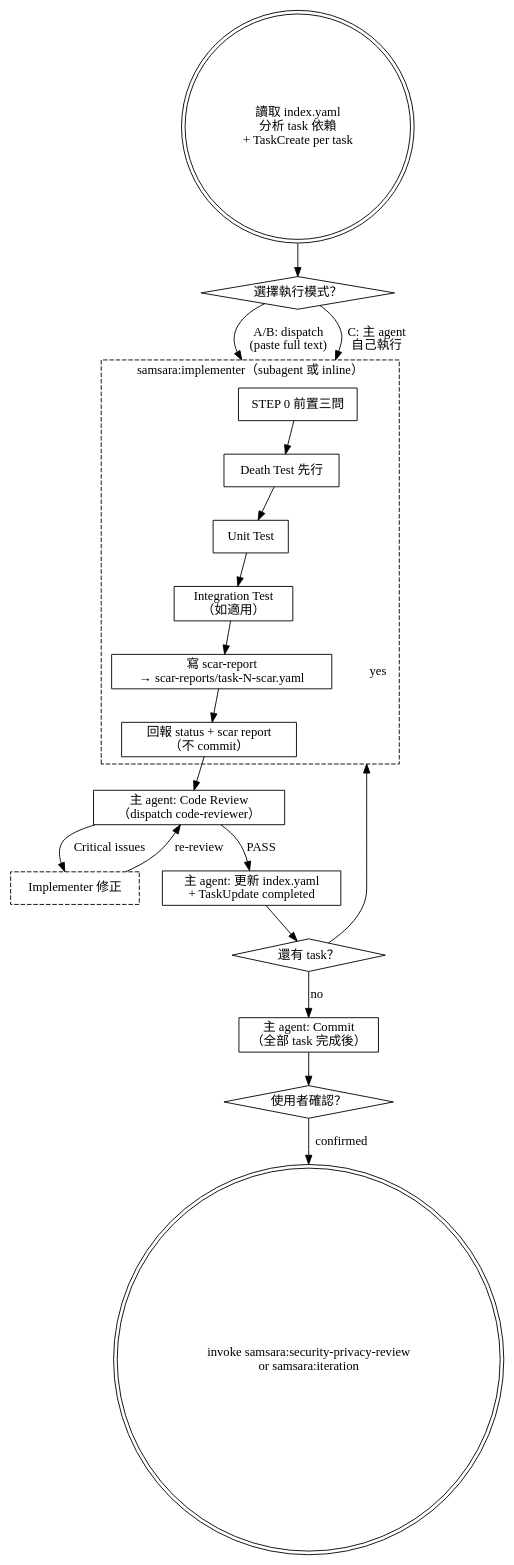
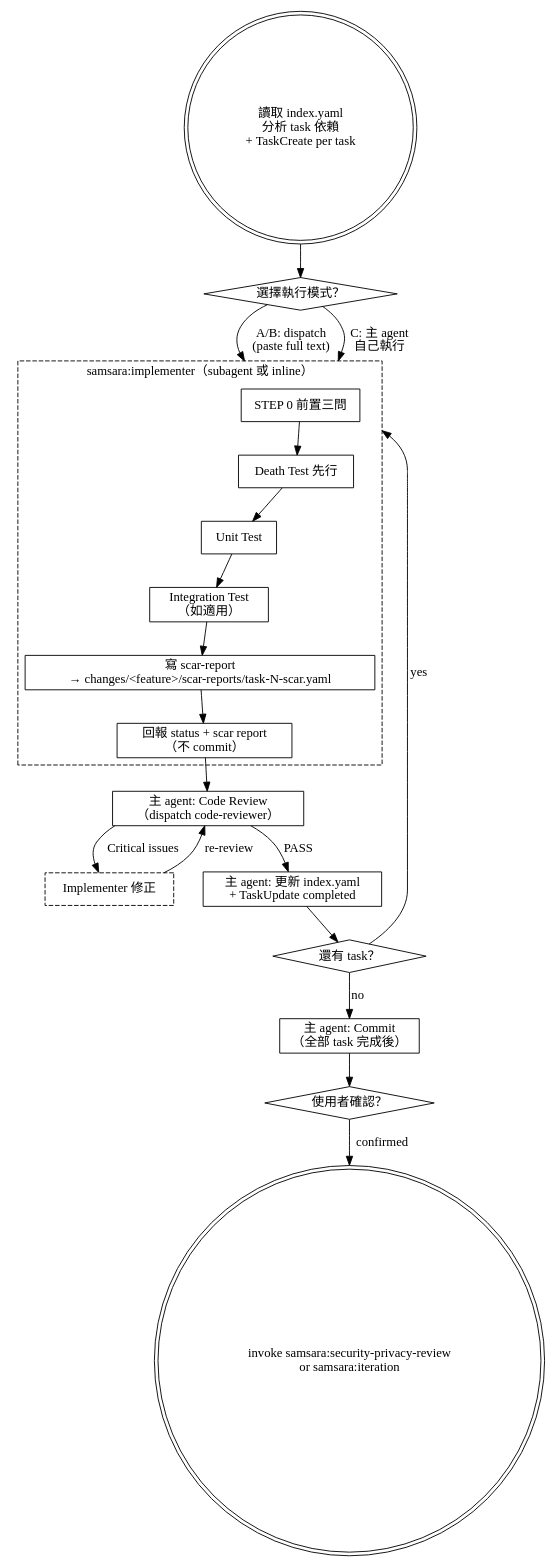
The diagram in skills/implement/SKILL.md (roymondliao/samsara), drawn with Graphviz before and after one commit. The commit also changed other lines of this file and 4 other files, not shown here.

First line of the commit message:
fix(samsara): anchor scar-report paths to feature directory

````diff
--- a/skills/implement/SKILL.md
+++ b/skills/implement/SKILL.md
@@ -21,48 +21,48 @@
 ```dot
 digraph implement {
     node [shape=box];
     compound=true;
 
     start [label="讀取 index.yaml\n分析 task 依賴\n+ TaskCreate per task" shape=doublecircle];
     mode [label="選擇執行模式？" shape=diamond];
 
     subgraph cluster_implementer {
         label="samsara:implementer（subagent 或 inline）";
         style=dashed;
         step0 [label="STEP 0 前置三問"];
         death_test [label="Death Test 先行"];
         unit_test [label="Unit Test"];
         integration [label="Integration Test\n（如適用）"];
-        scar [label="寫 scar-report\n→ scar-reports/task-N-scar.yaml"];
+        scar [label="寫 scar-report\n→ changes/<feature>/scar-reports/task-N-scar.yaml"];
         report [label="回報 status + scar report\n（不 commit）"];
     }
 
     review [label="主 agent: Code Review\n（dispatch code-reviewer）"];
     fix [label="Implementer 修正" style=dashed];
     update [label="主 agent: 更新 index.yaml\n+ TaskUpdate completed"];
     more [label="還有 task？" shape=diamond];
     commit [label="主 agent: Commit\n（全部 task 完成後）"];
     gate [label="使用者確認？" shape=diamond];
     next [label="invoke samsara:security-privacy-review\nor samsara:iteration" shape=doublecircle];
 
     start -> mode;
     mode -> step0 [label="A/B: dispatch\n(paste full text)" lhead=cluster_implementer];
     mode -> step0 [label="C: 主 agent\n自己執行" lhead=cluster_implementer];
 
     step0 -> death_test;
     death_test -> unit_test;
     unit_test -> integration;
     integration -> scar;
     scar -> report;
 
     report -> review;
     review -> update [label="PASS"];
     review -> fix [label="Critical issues"];
     fix -> review [label="re-review"];
     update -> more;
     more -> step0 [label="yes" lhead=cluster_implementer];
     more -> commit [label="no"];
     commit -> gate;
     gate -> next [label="confirmed"];
 }
 ```
````
